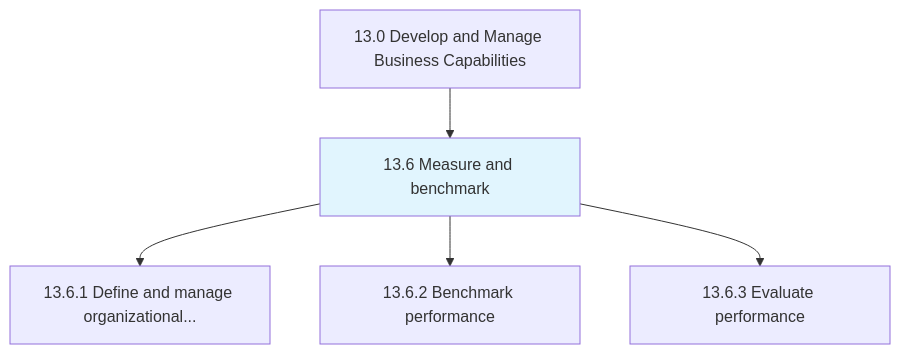
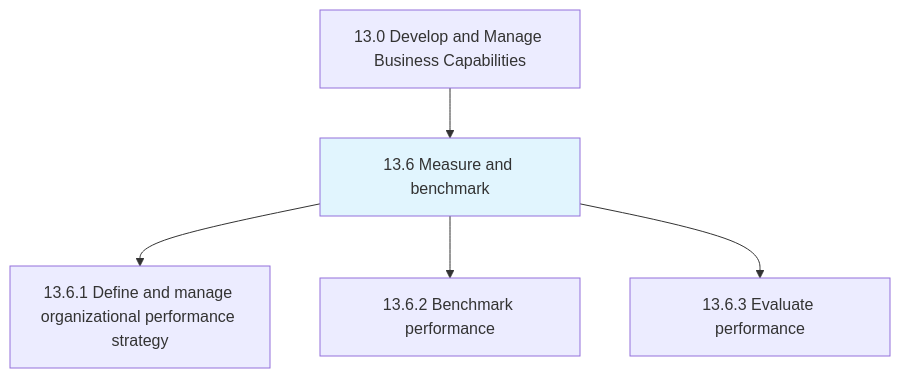
One commit to kziemski/business.org.ai changed the first of 3 diagrams in processes/13-Capabilities/13.6-MeasureBenchmark/index.mdx. Above: the diagram before and after it, drawn with Mermaid. The commit also changed other lines of this file and 885 other files, not shown here.

````diff
--- a/processes/13-Capabilities/13.6-MeasureBenchmark/index.mdx
+++ b/processes/13-Capabilities/13.6-MeasureBenchmark/index.mdx
@@ -25,9 +27,9 @@
 ```mermaid
 graph TD
     C13["13.0 Develop and Manage Business Capabilities"]
     C13 --> N13_6["13.6 Measure and benchmark"]
     style N13_6 fill:#e1f5fe
-    N13_6 --> N13_6_1["13.6.1 Define and manage organizational..."]
+    N13_6 --> N13_6_1["13.6.1 Define and manage organizational performance strategy"]
     N13_6 --> N13_6_2["13.6.2 Benchmark performance"]
     N13_6 --> N13_6_3["13.6.3 Evaluate performance"]
 ```
````
